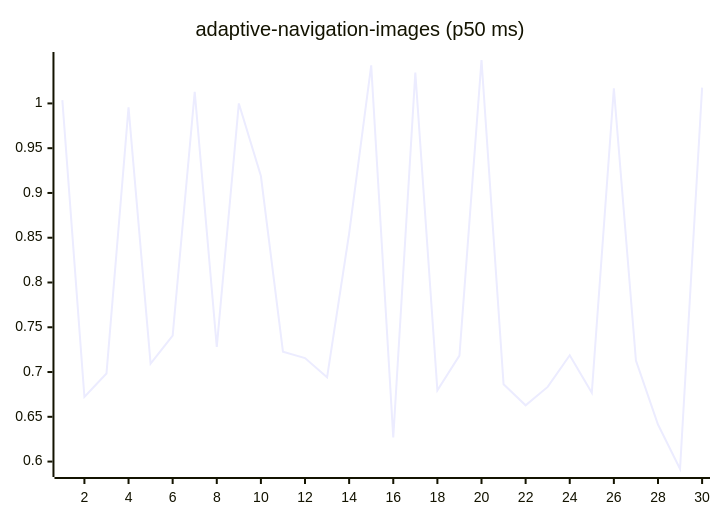
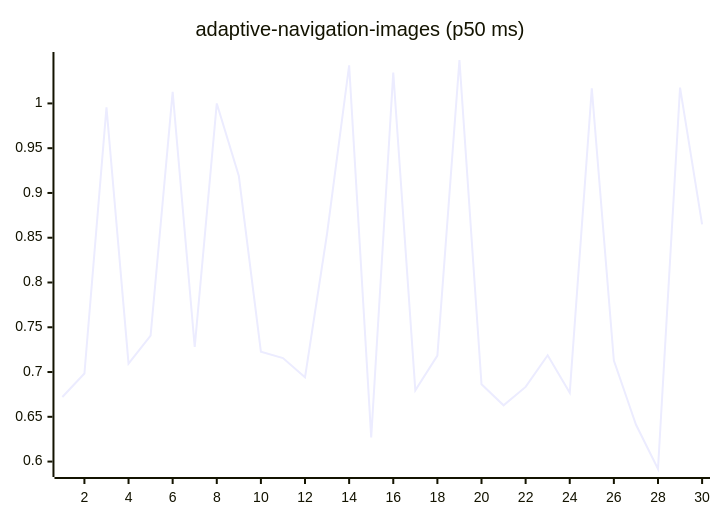
One commit to josha/Facet changed the first of 27 diagrams in README.md. Above: the diagram before and after it, drawn with Mermaid. The commit also changed other lines of this file and 2 other files, not shown here.

````diff
--- a/README.md
+++ b/README.md
@@ -63,6 +63,6 @@
 ```mermaid
 xychart-beta
     title "adaptive-navigation-images (p50 ms)"
     x-axis 1 --> 30
-    line [1.0037, 0.6721, 0.6983, 0.9956, 0.7094, 0.7407, 1.0129, 0.7280, 1.0000, 0.9189, 0.7227, 0.7156, 0.6941, 0.8547, 1.0425, 0.6269, 1.0344, 0.6795, 0.7184, 1.0485, 0.6864, 0.6628, 0.6834, 0.7187, 0.6768, 1.0168, 0.7129, 0.6414, 0.5917, 1.0177]
+    line [0.6721, 0.6983, 0.9956, 0.7094, 0.7407, 1.0129, 0.7280, 1.0000, 0.9189, 0.7227, 0.7156, 0.6941, 0.8547, 1.0425, 0.6269, 1.0344, 0.6795, 0.7184, 1.0485, 0.6864, 0.6628, 0.6834, 0.7187, 0.6768, 1.0168, 0.7129, 0.6414, 0.5917, 1.0177, 0.8650]
 ```
````
